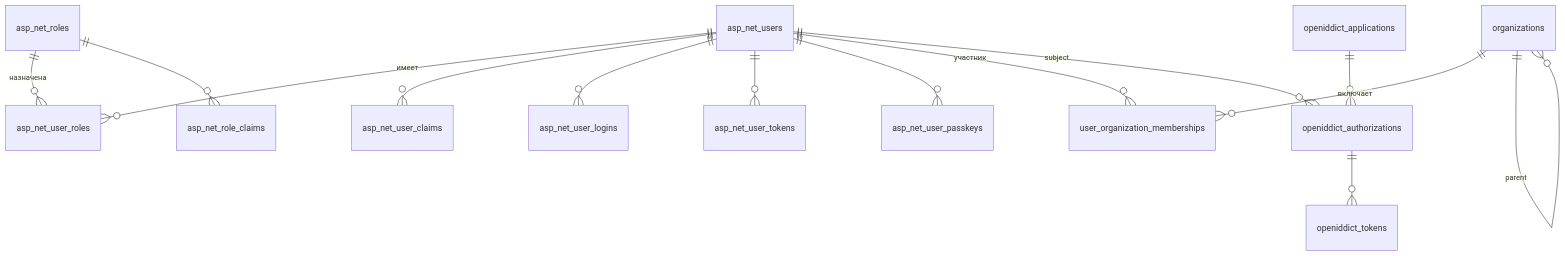
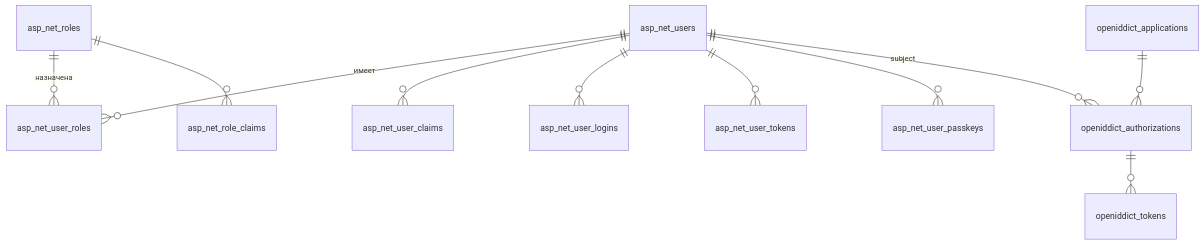
Before and after one commit to shishkinsa/greenhouse-monitoring: the diagram in docs/architecture/diagram/data/cnt_gm_identity_db/identity_database_structure.md, drawn with Mermaid. The commit also changed other lines of this file and 6 other files, not shown here.

Commit message:
Созданы ERD для Identity и базы данных временных рядов

````diff
--- a/docs/architecture/diagram/data/cnt_gm_identity_db/identity_database_structure.md
+++ b/docs/architecture/diagram/data/cnt_gm_identity_db/identity_database_structure.md
@@ -79,16 +77,13 @@
 ```mermaid
 erDiagram
     asp_net_users ||--o{ asp_net_user_roles : "имеет"
     asp_net_roles ||--o{ asp_net_user_roles : "назначена"
     asp_net_users ||--o{ asp_net_user_claims : ""
     asp_net_roles ||--o{ asp_net_role_claims : ""
     asp_net_users ||--o{ asp_net_user_logins : ""
     asp_net_users ||--o{ asp_net_user_tokens : ""
     asp_net_users ||--o{ asp_net_user_passkeys : ""
-    asp_net_users ||--o{ user_organization_memberships : "участник"
-    organizations ||--o{ user_organization_memberships : "включает"
-    organizations ||--o{ organizations : "parent"
     openiddict_applications ||--o{ openiddict_authorizations : ""
     openiddict_authorizations ||--o{ openiddict_tokens : ""
     asp_net_users ||--o{ openiddict_authorizations : "subject"
 ```
````
